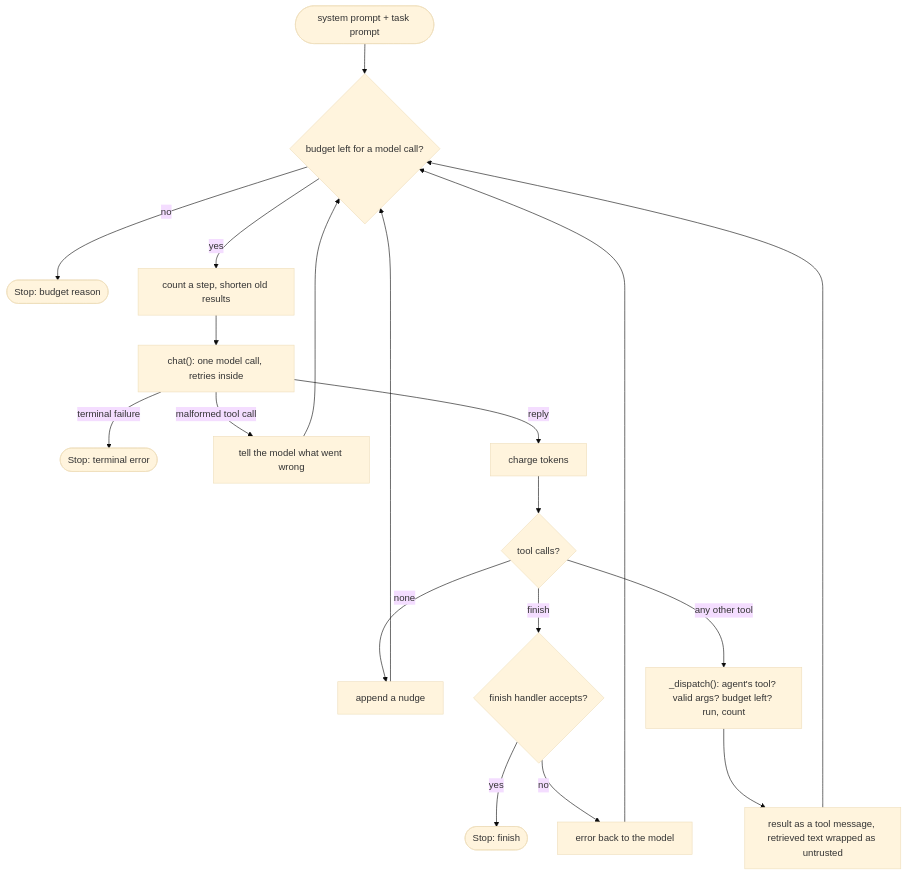
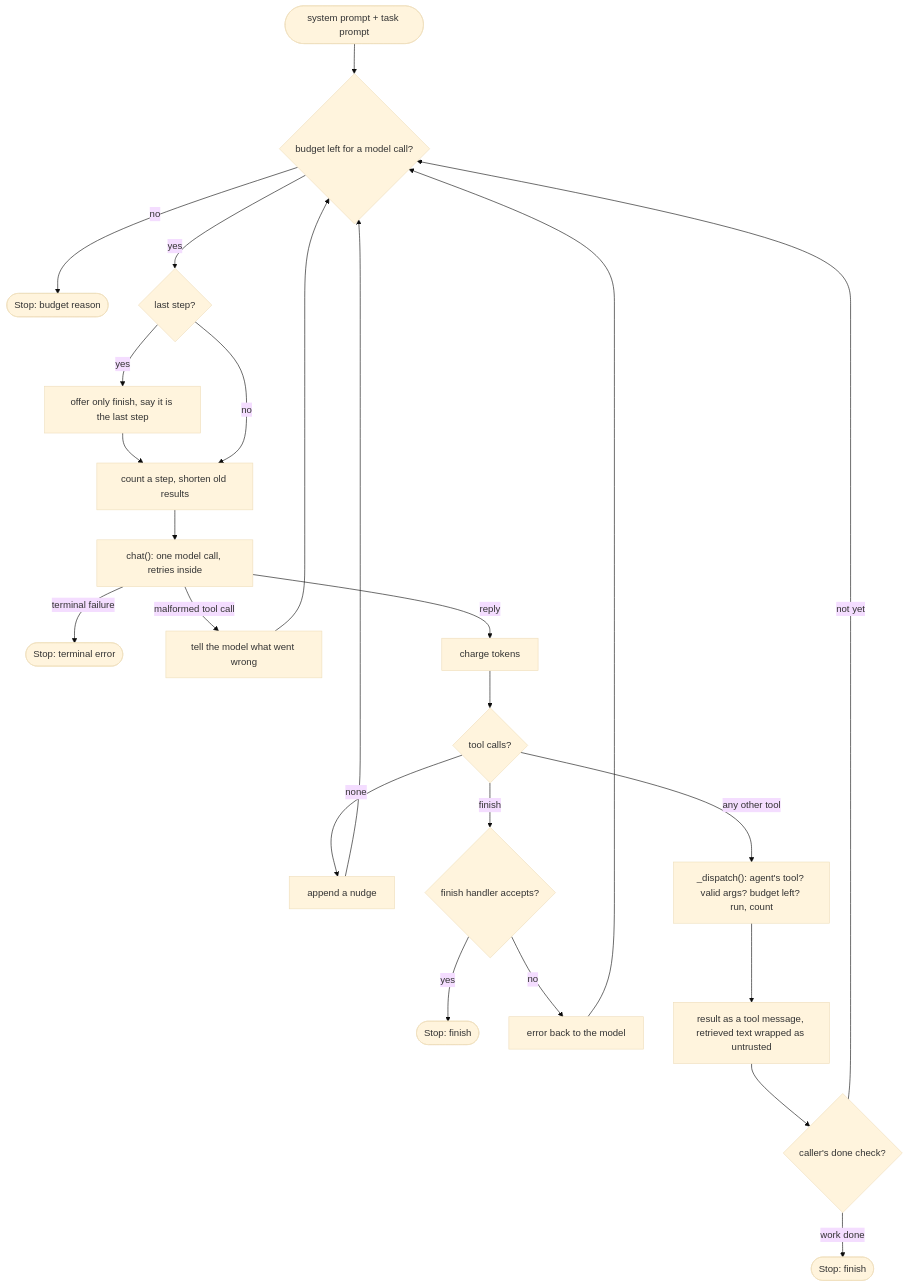
One commit to Kildrese/mobile-systems-assignment changed the diagram in docs/agent-loop.md. Above: the diagram before and after it, drawn with Mermaid (base theme). The commit also changed other lines of this file and 19 other files, not shown here.

````diff
--- a/docs/agent-loop.md
+++ b/docs/agent-loop.md
@@ -65,17 +67,21 @@
 ```mermaid
 flowchart TD
     start(["system prompt + task prompt"]) --> check{"budget left for a model call?"}
     check -- no --> stopBudget(["Stop: budget reason"])
-    check -- yes --> step["count a step, shorten old results"]
+    check -- yes --> last{"last step?"}
+    last -- yes --> onlyFinish["offer only finish, say it is the last step"] --> step
+    last -- no --> step["count a step, shorten old results"]
     step --> chat["chat(): one model call, retries inside"]
     chat -- terminal failure --> stopTerminal(["Stop: terminal error"])
     chat -- malformed tool call --> fix["tell the model what went wrong"] --> check
     chat -- reply --> charge["charge tokens"]
     charge --> calls{"tool calls?"}
     calls -- none --> nudge["append a nudge"] --> check
     calls -- finish --> handler{"finish handler accepts?"}
     handler -- yes --> stopFinish(["Stop: finish"])
     handler -- no --> refused["error back to the model"] --> check
     calls -- any other tool --> dispatch["_dispatch(): agent's tool? valid args? budget left? run, count"]
-    dispatch --> result["result as a tool message, retrieved text wrapped as untrusted"] --> check
+    dispatch --> result["result as a tool message, retrieved text wrapped as untrusted"] --> doneCheck{"caller's done check?"}
+    doneCheck -- "work done" --> stopDone(["Stop: finish"])
+    doneCheck -- not yet --> check
 ```
````
